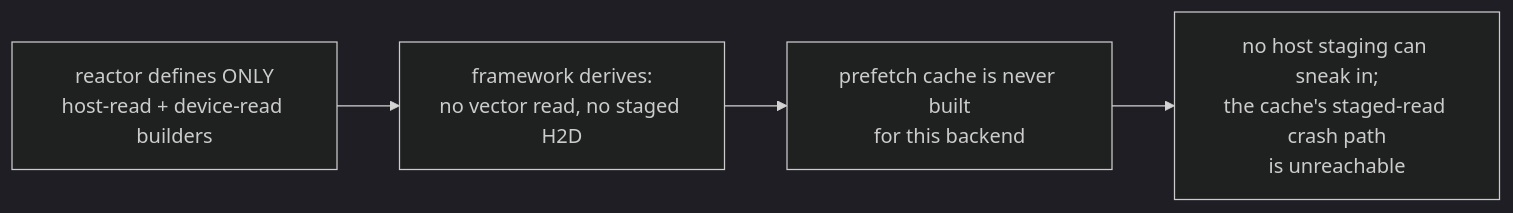
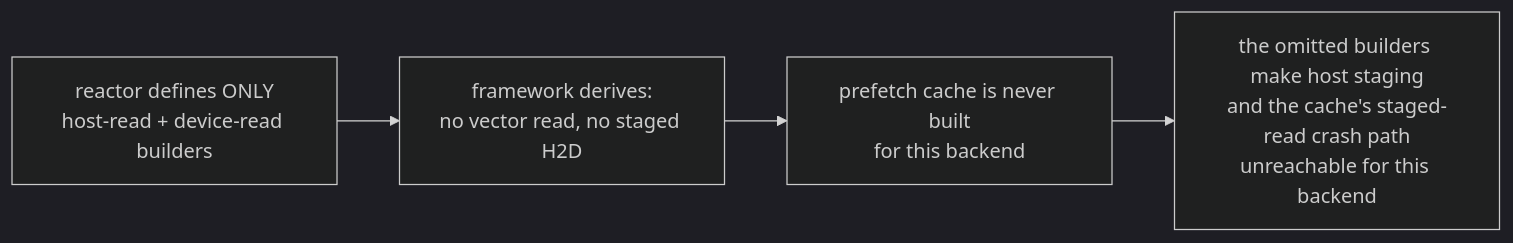
One commit to sirius-db/sirius changed the third of 3 diagrams in experimental/s3-rdma-transport-design.md. Above: the diagram before and after it, drawn with Mermaid (dark theme). The commit also changed other lines of this file and 1 other file, not shown here.

````diff
--- a/experimental/s3-rdma-transport-design.md
+++ b/experimental/s3-rdma-transport-design.md
@@ -161,6 +183,6 @@
 ```mermaid
 flowchart LR
   A["reactor defines ONLY<br/>host-read + device-read builders"] --> B["framework derives:<br/>no vector read, no staged H2D"]
   B --> C["prefetch cache is never built<br/>for this backend"]
-  C --> D["no host staging can sneak in;<br/>the cache's staged-read crash path<br/>is unreachable"]
+  C --> D["the omitted builders make host staging<br/>and the cache's staged-read crash path<br/>unreachable for this backend"]
 ```
````
